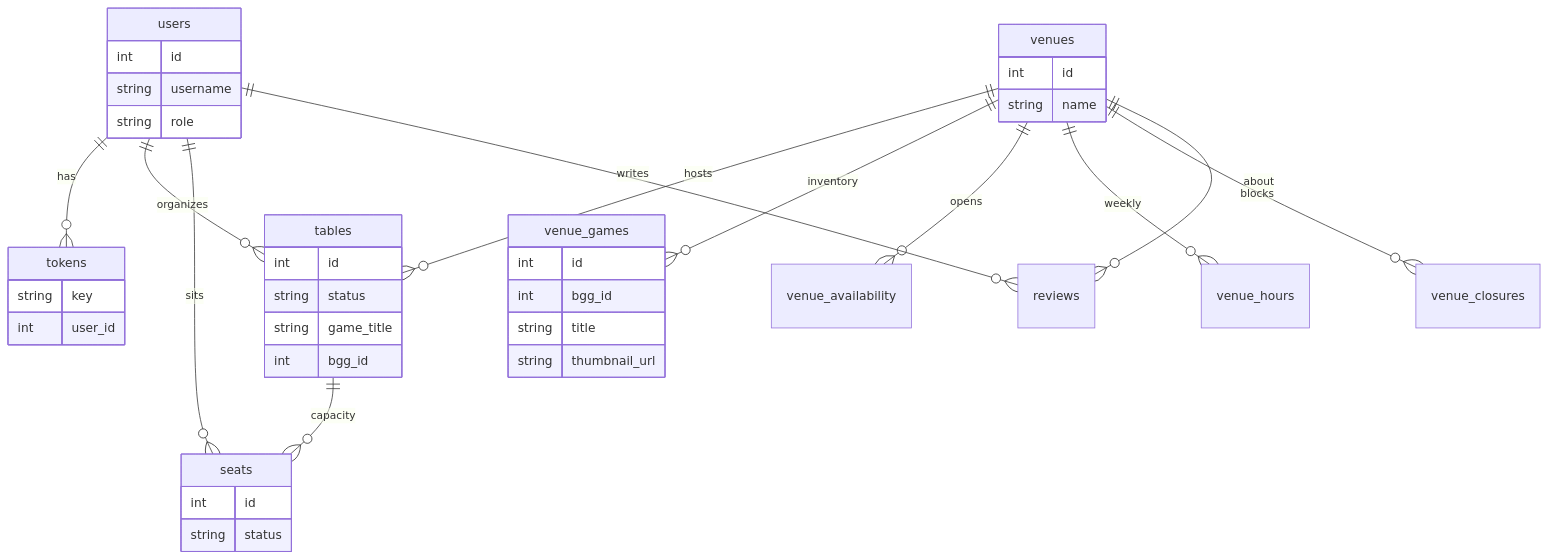
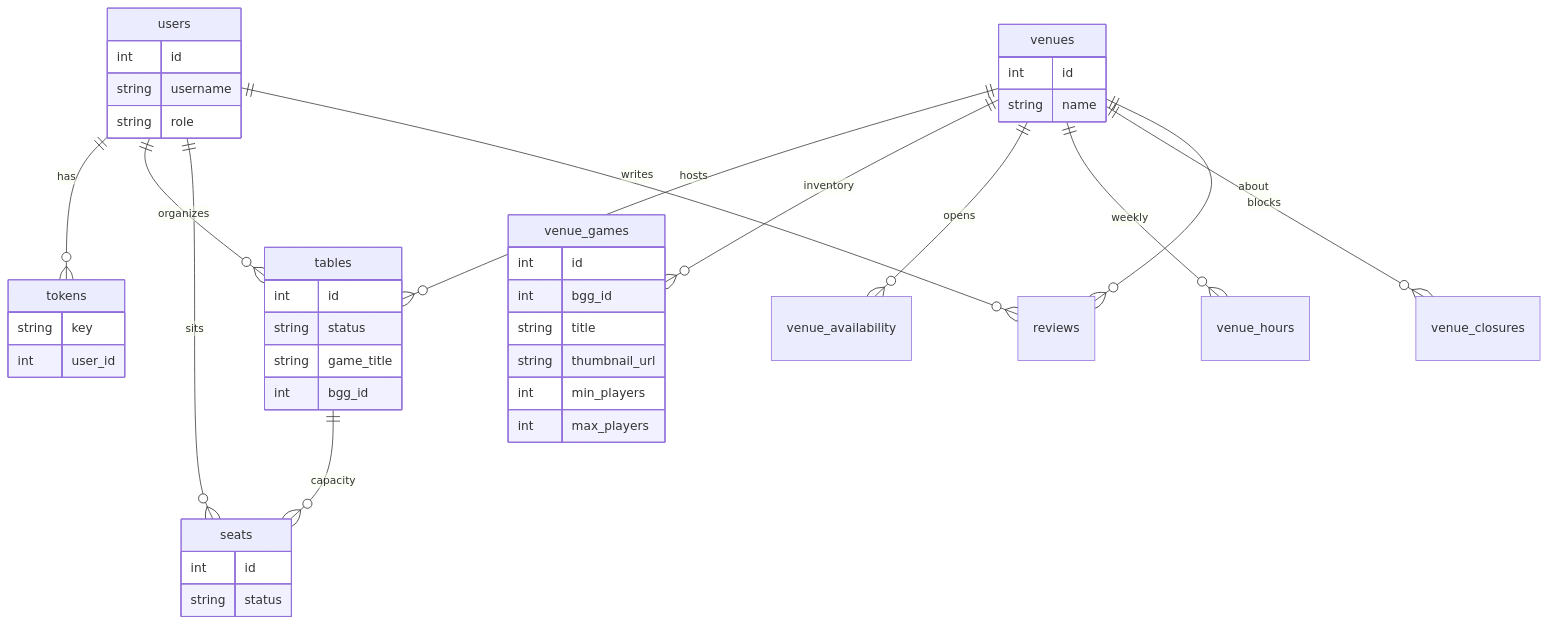
One commit to kasjek/BoardGameReservationApp changed the sixth of 7 diagrams in docs/Architecture-Picture.md. Above: the diagram before and after it, drawn with Mermaid. The commit also changed 25 other files, not shown here.

First line of the commit message:
Let admins set min and max seats per venue game

````diff
--- a/docs/Architecture-Picture.md
+++ b/docs/Architecture-Picture.md
@@ -204,44 +204,46 @@
 ```mermaid
 erDiagram
   users ||--o{ tokens : has
   users ||--o{ tables : organizes
   users ||--o{ seats : sits
   venues ||--o{ tables : hosts
   venues ||--o{ venue_games : inventory
   venues ||--o{ venue_availability : opens
   venues ||--o{ venue_hours : weekly
   venues ||--o{ venue_closures : blocks
   tables ||--o{ seats : capacity
   users ||--o{ reviews : writes
   venues ||--o{ reviews : about
 
   users {
     int id
     string username
     string role
   }
   tokens {
     string key
     int user_id
   }
   venues {
     int id
     string name
   }
   venue_games {
     int id
     int bgg_id
     string title
     string thumbnail_url
+    int min_players
+    int max_players
   }
   tables {
     int id
     string status
     string game_title
     int bgg_id
   }
   seats {
     int id
     string status
   }
 ```
````
